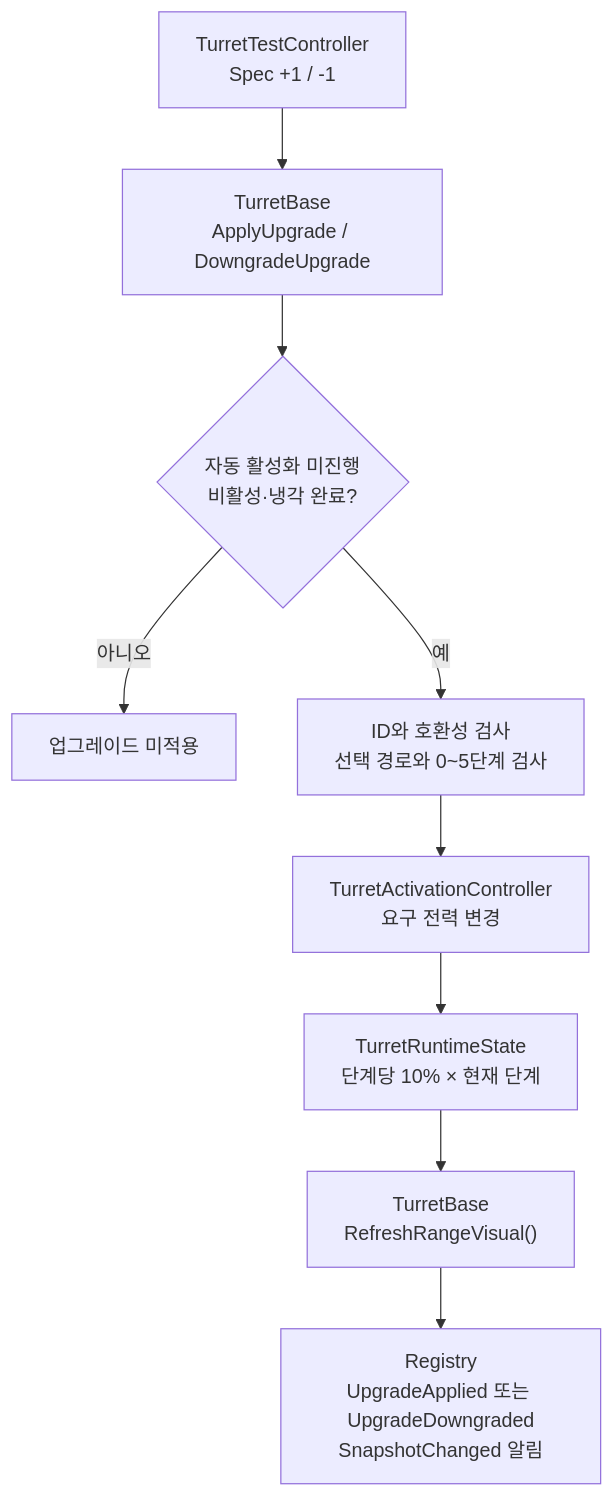
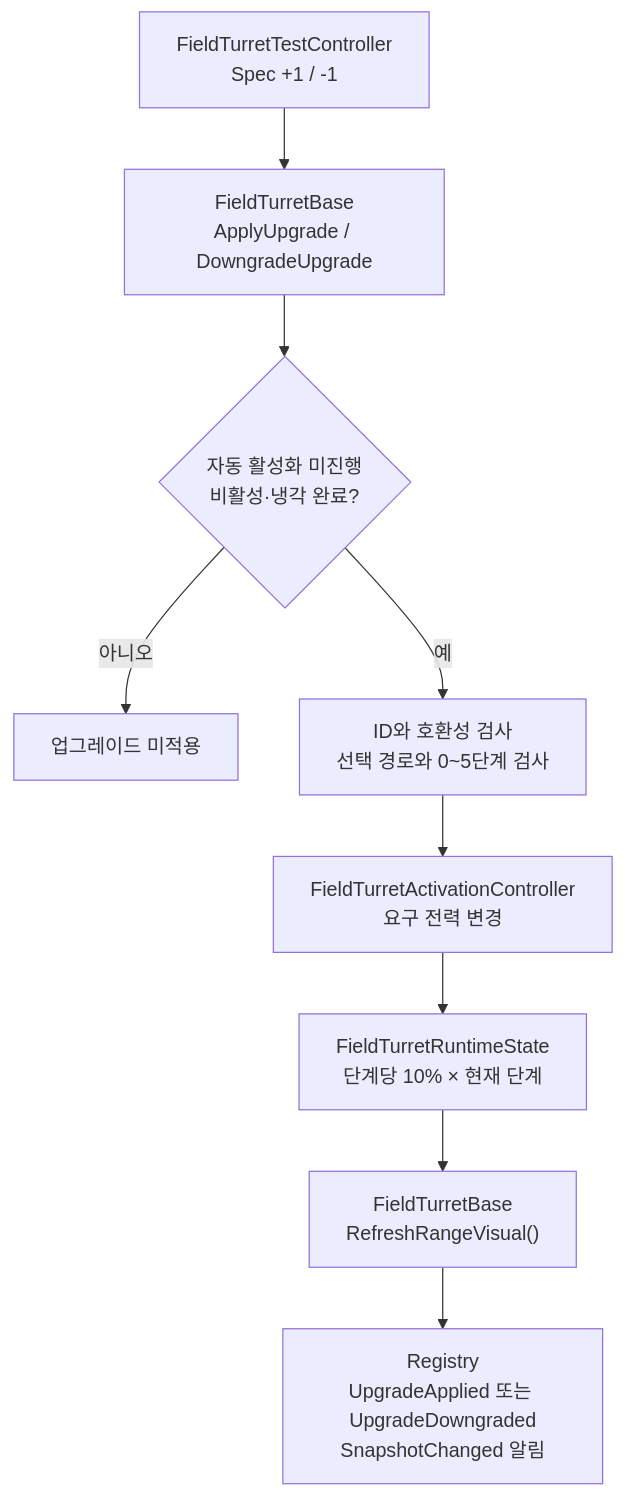
Diagram 11 of 16 in docs/projects/the-developer/turret/runtime-flows.md (Team-HJD-21/team-hjd-docs), drawn with Mermaid before and after one commit. The commit also changed other lines of this file and 13 other files, not shown here.

Commit message:
docs: sync FieldTurret APIs from main

````diff
--- a/docs/projects/the-developer/turret/runtime-flows.md
+++ b/docs/projects/the-developer/turret/runtime-flows.md
@@ -514,11 +514,11 @@
 ```mermaid
 flowchart TD
-    UI["TurretTestController<br>Spec +1 / -1"] --> Base["TurretBase<br>ApplyUpgrade / DowngradeUpgrade"]
+    UI["FieldTurretTestController<br>Spec +1 / -1"] --> Base["FieldTurretBase<br>ApplyUpgrade / DowngradeUpgrade"]
     Base --> Gate{"자동 활성화 미진행<br>비활성·냉각 완료?"}
     Gate -->|아니오| Reject["업그레이드 미적용"]
     Gate -->|예| Check["ID와 호환성 검사<br>선택 경로와 0~5단계 검사"]
-    Check --> Power["TurretActivationController<br>요구 전력 변경"]
-    Power --> State["TurretRuntimeState<br>단계당 10% × 현재 단계"]
-    State --> Visual["TurretBase<br>RefreshRangeVisual()"]
+    Check --> Power["FieldTurretActivationController<br>요구 전력 변경"]
+    Power --> State["FieldTurretRuntimeState<br>단계당 10% × 현재 단계"]
+    State --> Visual["FieldTurretBase<br>RefreshRangeVisual()"]
     Visual --> Event["Registry<br>UpgradeApplied 또는 UpgradeDowngraded<br>SnapshotChanged 알림"]
 ```
````
